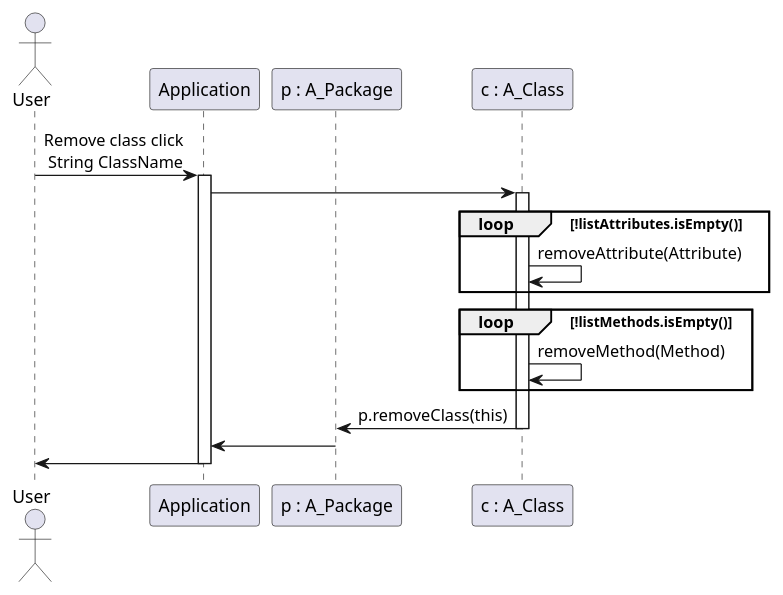
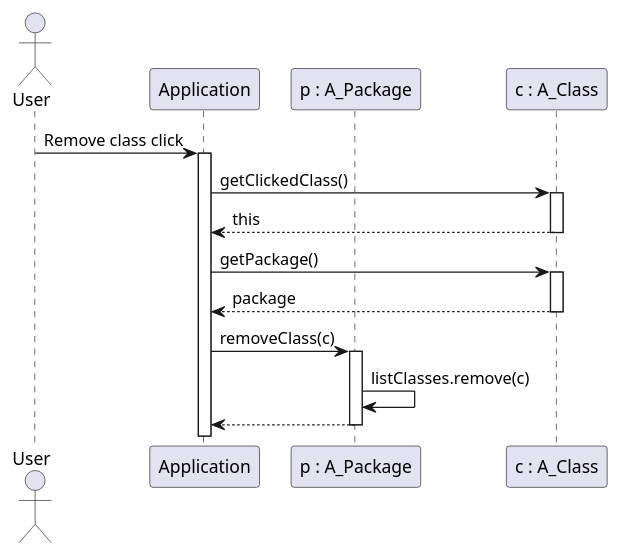
One commit to Phalexei/Modeleur changed the diagram in src/com/github/tomap/uml/conception/sequenceDiagrams/removeClass.puml. Above: the diagram before and after it, drawn with PlantUML. The commit also changed 8 other files, not shown here.

Commit message:
Travail des diagrammes de séquences de conception

```diff
--- a/src/com/github/tomap/uml/conception/sequenceDiagrams/removeClass.puml
+++ b/src/com/github/tomap/uml/conception/sequenceDiagrams/removeClass.puml
@@ -1,30 +1,29 @@
 @startuml
 
     actor User as u
     participant Application as a
     participant "p : A_Package" as p
     participant "c : A_Class" as c
 
-	u -> a: Remove class click\n String ClassName
+	u -> a: Remove class click
 	activate a
 
-	a -> c:
+        a -> c: getClickedClass()
+        activate c
+
+        c --> a: this
+        deactivate c
+
+	a -> c: getPackage()
 	activate c
+        c --> a: package
+        deactivate c
 
-	loop !listAttributes.isEmpty()
-		c -> c: removeAttribute(Attribute)
-	end
-
-	loop !listMethods.isEmpty()
-		c -> c: removeMethod(Method)
-	end
-
-	c -> p: p.removeClass(this)
-	deactivate c
-
-	p -> a
-	a -> u
-	deactivate a
+	a -> p: removeClass(c)
+        activate p
+        p -> p: listClasses.remove(c)
+        p --> a
+	deactivate p
 
 
 @enduml
```
